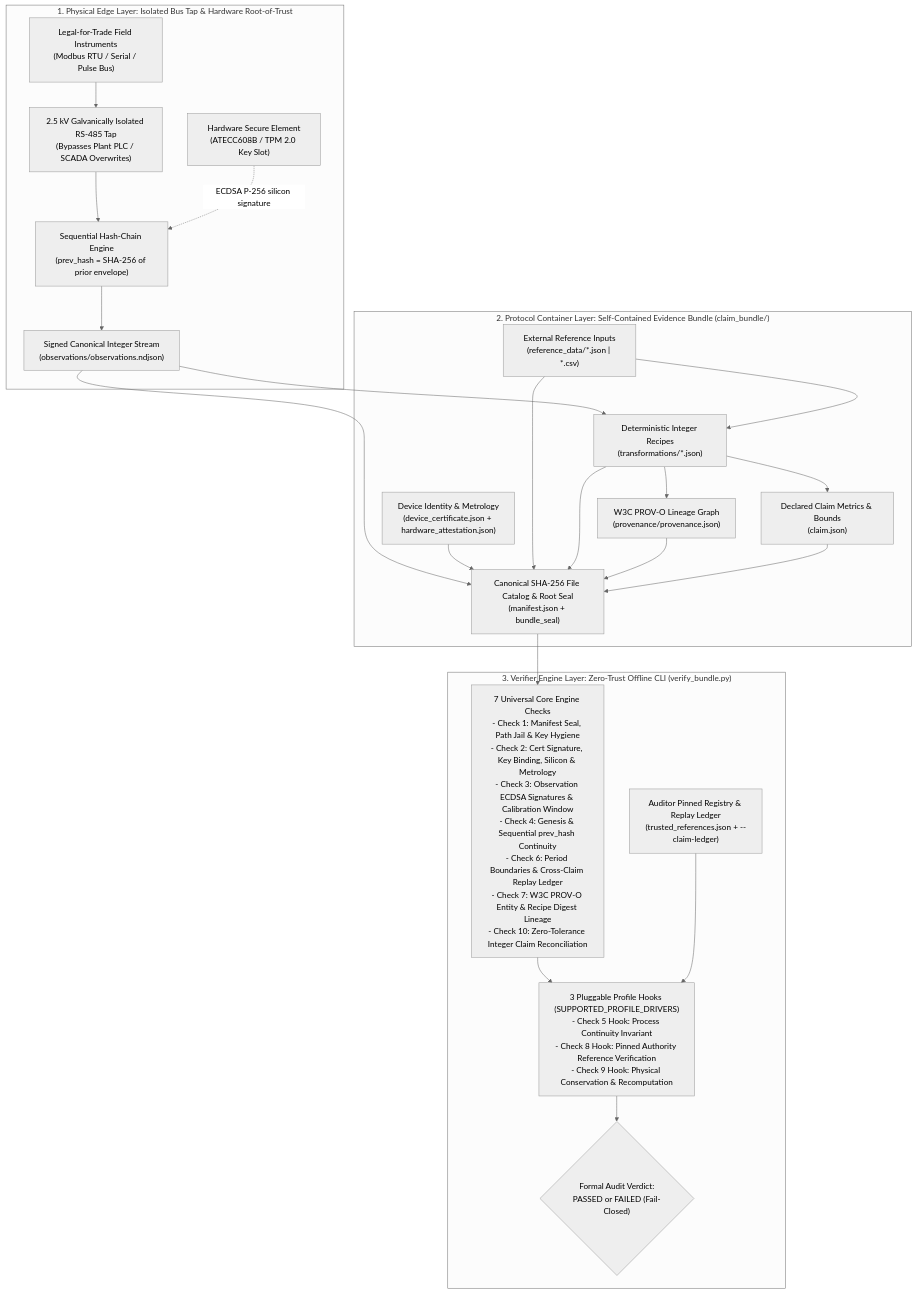
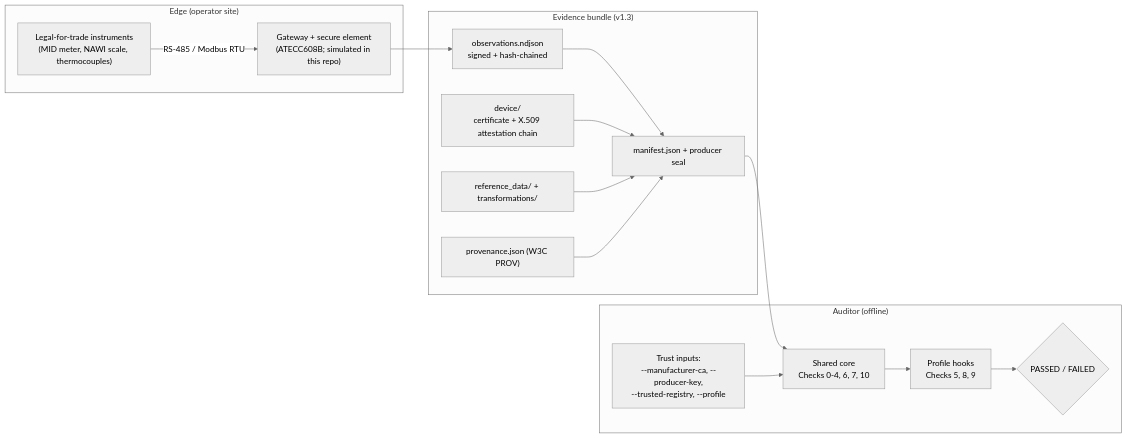
One commit to aloysiusjebanson-lab/trustworthy-telemetry changed the diagram in README.md. Above: the diagram before and after it, drawn with Mermaid (neutral theme). The commit also changed other lines of this file and 2 other files, not shown here.

First line of the commit message:
Align docs and NLnet draft with bundle format v1.3

````diff
--- a/README.md
+++ b/README.md
@@ -32,47 +42,29 @@
 ```mermaid
-flowchart TD
-    subgraph L1["1. Physical Edge Layer: Isolated Bus Tap & Hardware Root-of-Trust"]
-        SENSORS["Legal-for-Trade Field Instruments\n(Modbus RTU / Serial / Pulse Bus)"]
-        ISOL["2.5 kV Galvanically Isolated RS-485 Tap\n(Bypasses Plant PLC / SCADA Overwrites)"]
-        ATECC["Hardware Secure Element\n(ATECC608B / TPM 2.0 Key Slot)"]
-        CHAIN["Sequential Hash-Chain Engine\n(prev_hash = SHA-256 of prior envelope)"]
-        OBS["Signed Canonical Integer Stream\n(observations/observations.ndjson)"]
-
-        SENSORS --> ISOL
-        ISOL --> CHAIN
-        ATECC -.->|ECDSA P-256 silicon signature| CHAIN
-        CHAIN --> OBS
+flowchart LR
+    subgraph EDGE["Edge (operator site)"]
+        INST["Legal-for-trade instruments\n(MID meter, NAWI scale, thermocouples)"]
+        GW["Gateway + secure element\n(ATECC608B; simulated in this repo)"]
+        INST -->|RS-485 / Modbus RTU| GW
     end
-
-    subgraph L2["2. Protocol Container Layer: Self-Contained Evidence Bundle (claim_bundle/)"]
-        DEV["Device Identity & Metrology\n(device_certificate.json + hardware_attestation.json)"]
-        REF["External Reference Inputs\n(reference_data/*.json | *.csv)"]
-        RECIPES["Deterministic Integer Recipes\n(transformations/*.json)"]
-        PROV["W3C PROV-O Lineage Graph\n(provenance/provenance.json)"]
-        CLAIM["Declared Claim Metrics & Bounds\n(claim.json)"]
-        MANIFEST["Canonical SHA-256 File Catalog & Root Seal\n(manifest.json + bundle_seal)"]
-
-        OBS --> RECIPES
-        REF --> RECIPES
-        RECIPES --> PROV
-        RECIPES --> CLAIM
-        OBS --> MANIFEST
-        DEV --> MANIFEST
-        REF --> MANIFEST
-        RECIPES --> MANIFEST
-        PROV --> MANIFEST
-        CLAIM --> MANIFEST
+    subgraph BUNDLE["Evidence bundle (v1.3)"]
+        OBS["observations.ndjson\nsigned + hash-chained"]
+        DEV["device/\ncertificate + X.509 attestation chain"]
+        REF["reference_data/ + transformations/"]
+        PROV["provenance.json (W3C PROV)"]
+        MAN["manifest.json + producer seal"]
     end
-
-    subgraph L3["3. Verifier Engine Layer: Zero-Trust Offline CLI (verify_bundle.py)"]
-        CORE["7 Universal Core Engine Checks\n- Check 1: Manifest Seal, Path Jail & Key Hygiene\n- Check 2: Cert Signature, Key Binding, Silicon & Metrology\n- Check 3: Observation ECDSA Signatures & Calibration Window\n- Check 4: Genesis & Sequential prev_hash Continuity\n- Check 6: Period Boundaries & Cross-Claim Replay Ledger\n- Check 7: W3C PROV-O Entity & Recipe Digest Lineage\n- Check 10: Zero-Tolerance Integer Claim Reconciliation"]
-        HOOKS["3 Pluggable Profile Hooks (SUPPORTED_PROFILE_DRIVERS)\n- Check 5 Hook: Process Continuity Invariant\n- Check 8 Hook: Pinned Authority Reference Verification\n- Check 9 Hook: Physical Conservation & Recomputation"]
-        REGISTRY["Auditor Pinned Registry & Replay Ledger\n(trusted_references.json + --claim-ledger)"]
-        VERDICT{"Formal Audit Verdict:\nPASSED or FAILED (Fail-Closed)"}
-
-        MANIFEST --> CORE
-        CORE --> HOOKS
-        REGISTRY --> HOOKS
-        HOOKS --> VERDICT
+    subgraph AUDITOR["Auditor (offline)"]
+        TA["Trust inputs:\n--manufacturer-ca, --producer-key,\n--trusted-registry, --profile"]
+        CORE["Shared core\nChecks 0-4, 6, 7, 10"]
+        HOOKS["Profile hooks\nChecks 5, 8, 9"]
+        V{"PASSED / FAILED"}
     end
+    GW --> OBS
+    OBS --> MAN
+    DEV --> MAN
+    REF --> MAN
+    PROV --> MAN
+    MAN --> CORE
+    TA --> CORE
+    CORE --> HOOKS --> V
 ```
````
